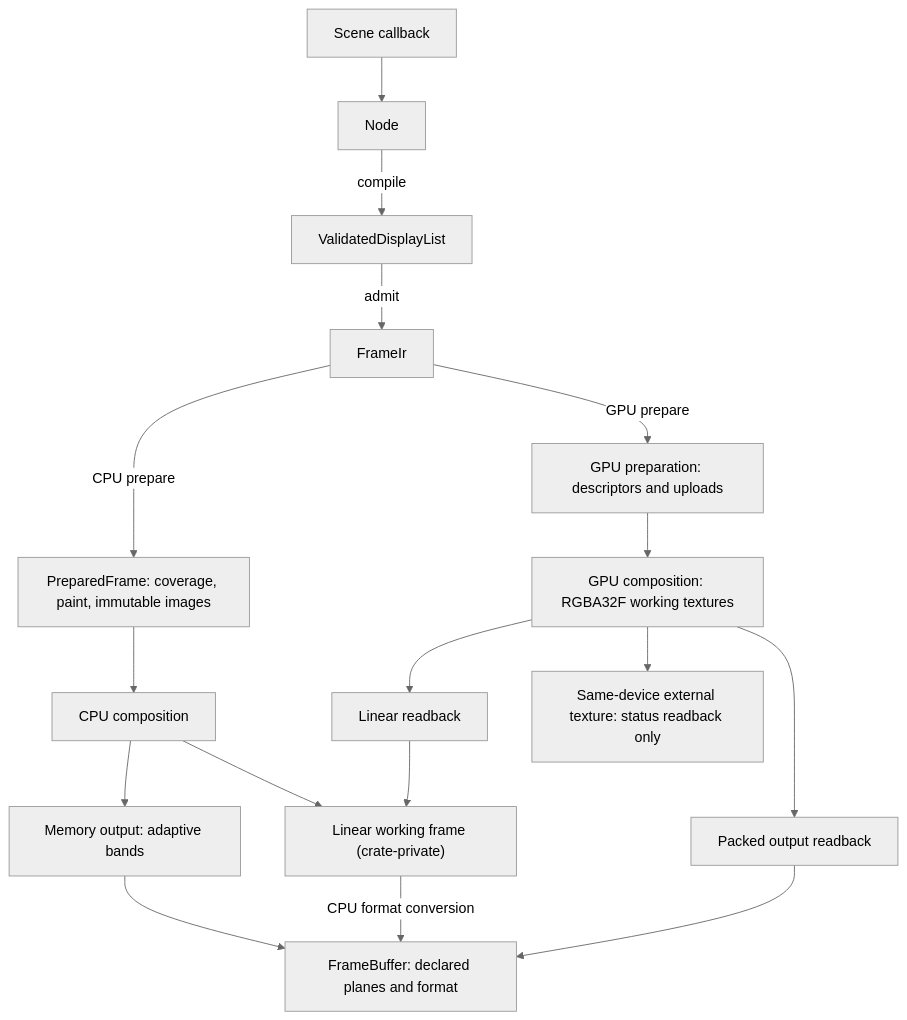
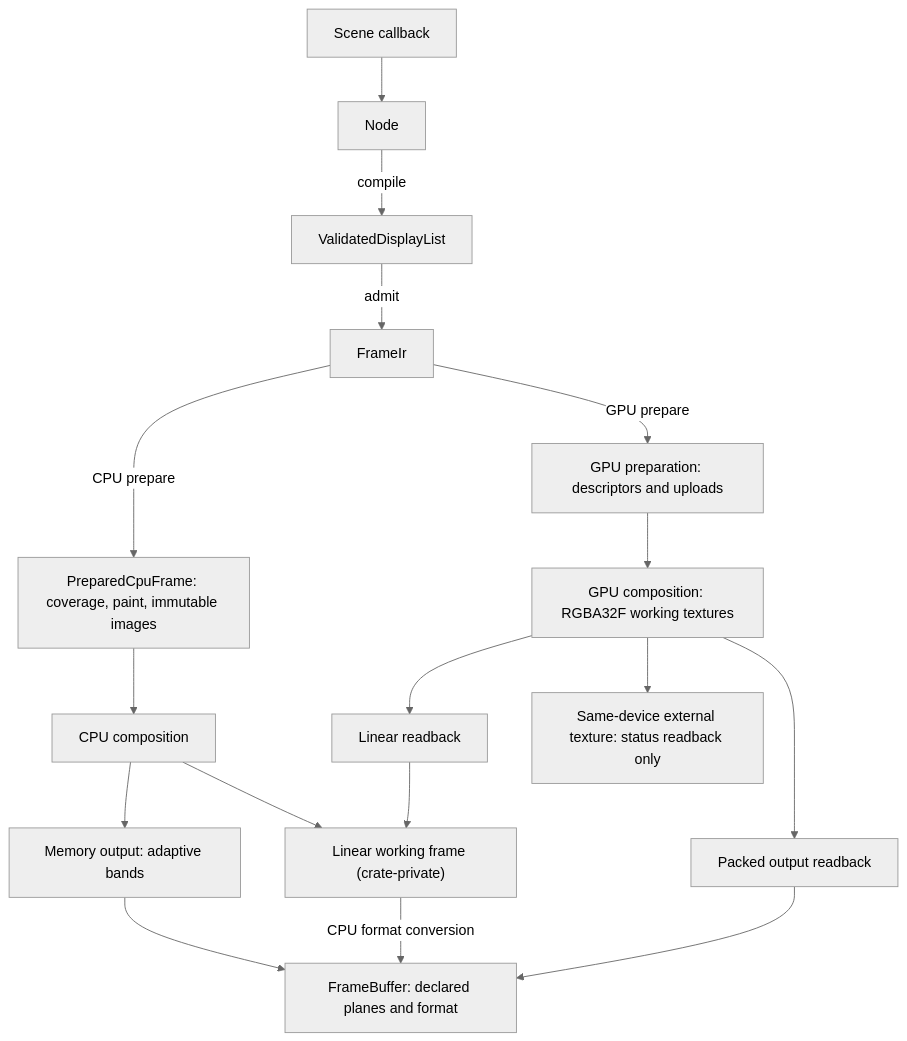
One commit to motion-rs/motion-rs changed the third of 12 diagrams in docs/design/rendering.md. Above: the diagram before and after it, drawn with Mermaid (neutral theme). The commit also changed other lines of this file and 61 other files, not shown here.

````diff
--- a/docs/design/rendering.md
+++ b/docs/design/rendering.md
@@ -223,19 +223,19 @@
 ```mermaid
 flowchart TD
     Build["Scene callback"] --> Node["Node"]
     Node -->|compile| Commands["ValidatedDisplayList"]
     Commands -->|admit| IR["FrameIr"]
-    IR -->|CPU prepare| Prepared["PreparedFrame: coverage, paint, immutable images"]
+    IR -->|CPU prepare| Prepared["PreparedCpuFrame: coverage, paint, immutable images"]
     IR -->|GPU prepare| GpuPrep["GPU preparation: descriptors and uploads"]
     Prepared --> CPU["CPU composition"]
     GpuPrep --> GPU["GPU composition: RGBA32F working textures"]
     CPU --> Bands["Memory output: adaptive bands"]
     Bands --> Buffer["FrameBuffer: declared planes and format"]
     CPU --> Linear["Linear working frame (crate-private)"]
     Linear -->|CPU format conversion| Buffer
     GPU --> Readback["Linear readback"]
     Readback --> Linear
     GPU --> Packed["Packed output readback"]
     Packed --> Buffer
     GPU --> Texture["Same-device external texture: status readback only"]
 ```
````
